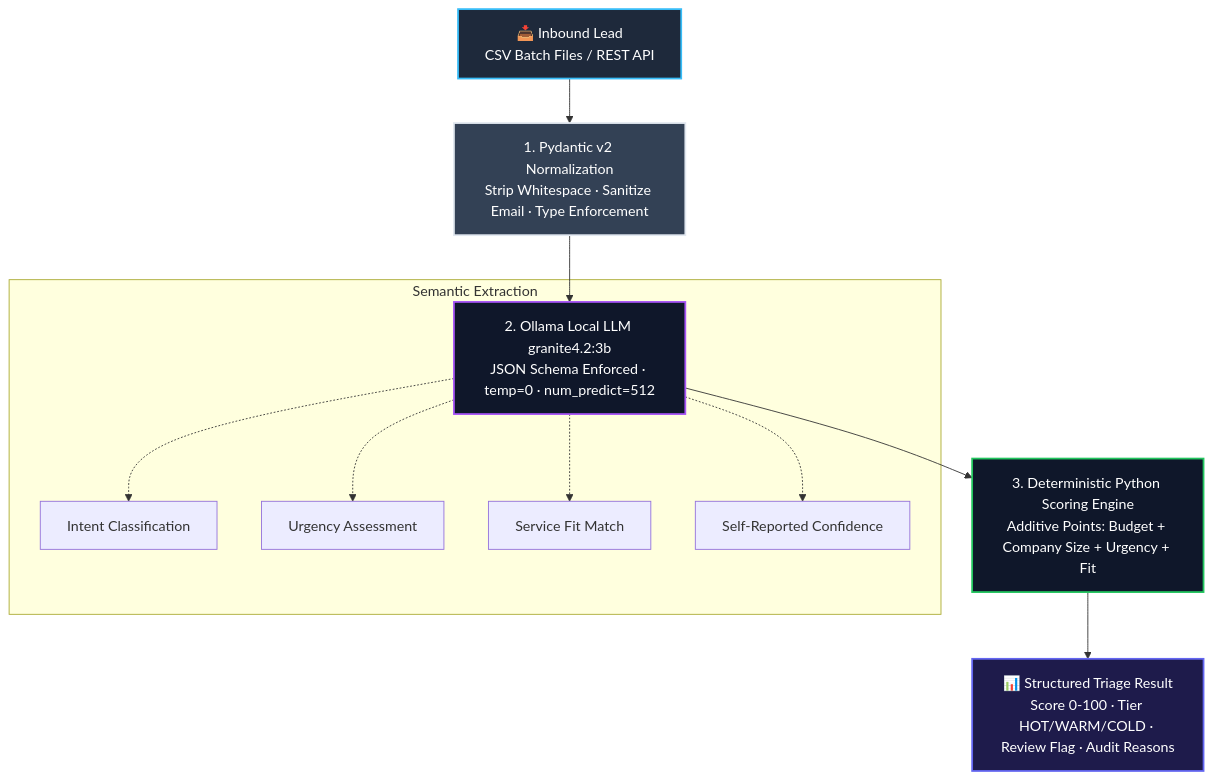
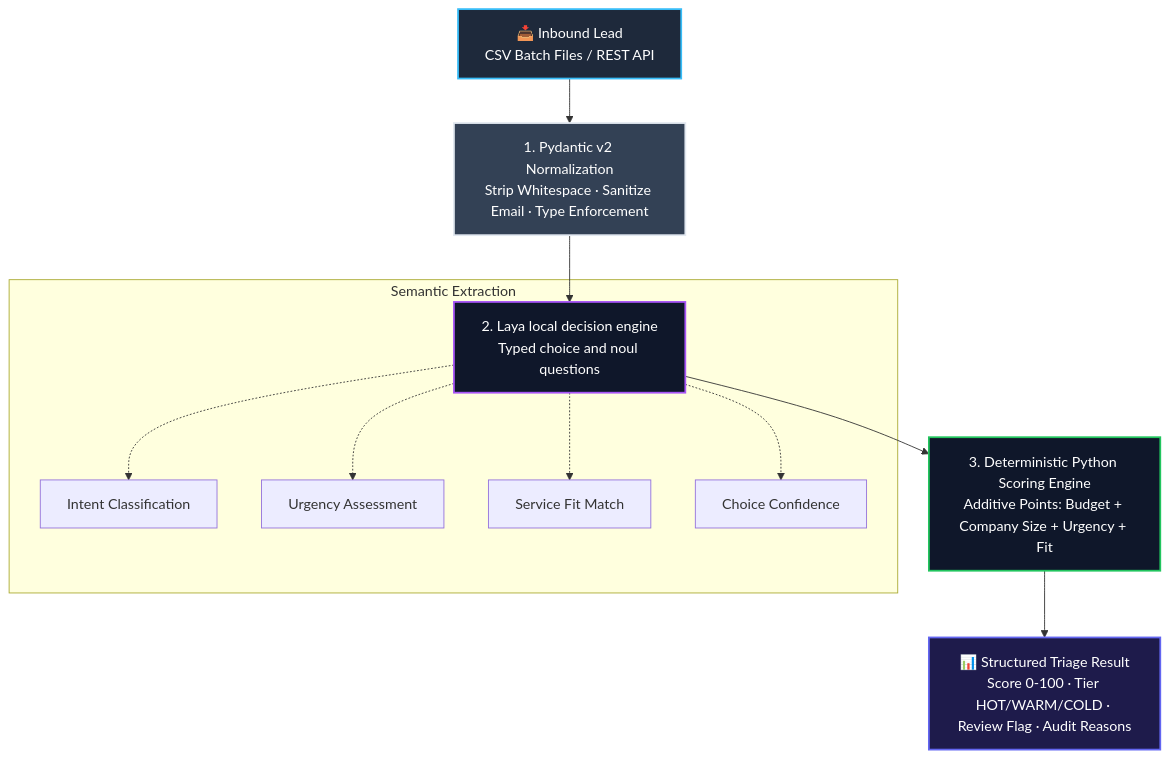
The diagram in README.md (stefanus-ai-tech/LeadPilot), drawn with Mermaid before and after one commit. The commit also changed other lines of this file and 16 other files, not shown here.

````diff
--- a/README.md
+++ b/README.md
@@ -67,23 +67,23 @@
 ```mermaid
 flowchart TD
     classDef input fill:#1e293b,stroke:#38bdf8,stroke-width:2px,color:#fff;
     classDef pydantic fill:#334155,stroke:#e2e8f0,stroke-width:2px,color:#fff;
     classDef llm fill:#0f172a,stroke:#a855f7,stroke-width:2px,color:#fff;
     classDef score fill:#0f172a,stroke:#22c55e,stroke-width:2px,color:#fff;
     classDef out fill:#1e1b4b,stroke:#6366f1,stroke-width:2px,color:#fff;
 
     A[📥 Inbound Lead<br/>CSV Batch Files / REST API]:::input --> B[1. Pydantic v2 Normalization<br/>Strip Whitespace · Sanitize Email · Type Enforcement]:::pydantic
     
-    B --> C[2. Ollama Local LLM granite4.2:3b<br/>JSON Schema Enforced · temp=0 · num_predict=512]:::llm
+    B --> C[2. Laya local decision engine<br/>Typed choice and noul questions]:::llm
     
     subgraph S1 [Semantic Extraction]
         C -.-> D1[Intent Classification]
         C -.-> D2[Urgency Assessment]
         C -.-> D3[Service Fit Match]
-        C -.-> D4[Self-Reported Confidence]
+        C -.-> D4[Choice Confidence]
     end
 
     C --> E[3. Deterministic Python Scoring Engine<br/>Additive Points: Budget + Company Size + Urgency + Fit]:::score
 
     E --> F[📊 Structured Triage Result<br/>Score 0-100 · Tier HOT/WARM/COLD · Review Flag · Audit Reasons]:::out
 ```
````
